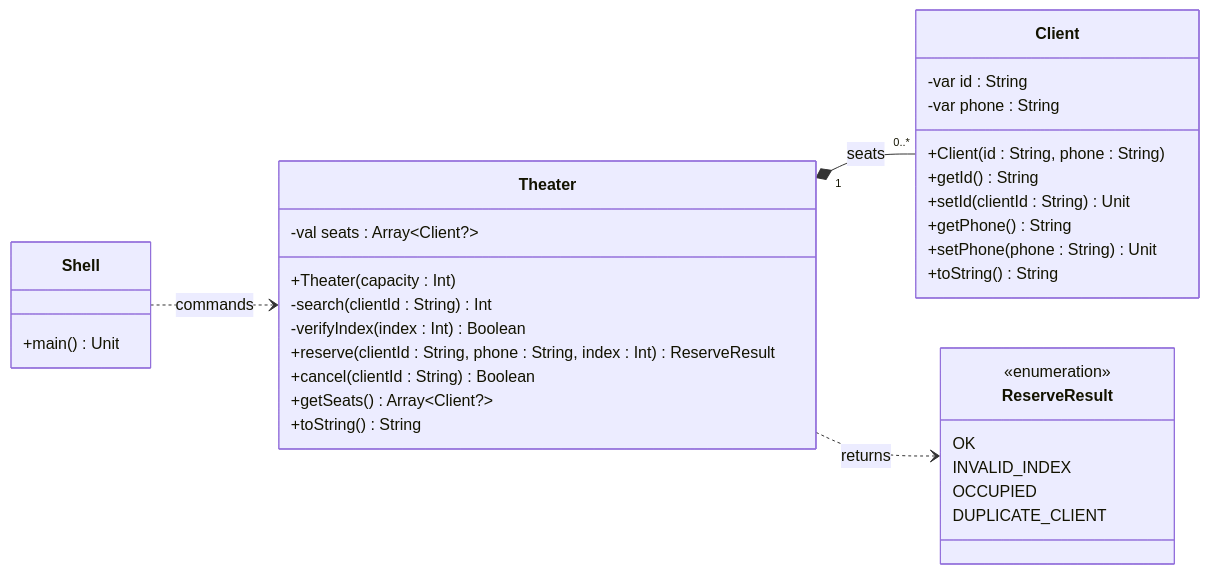
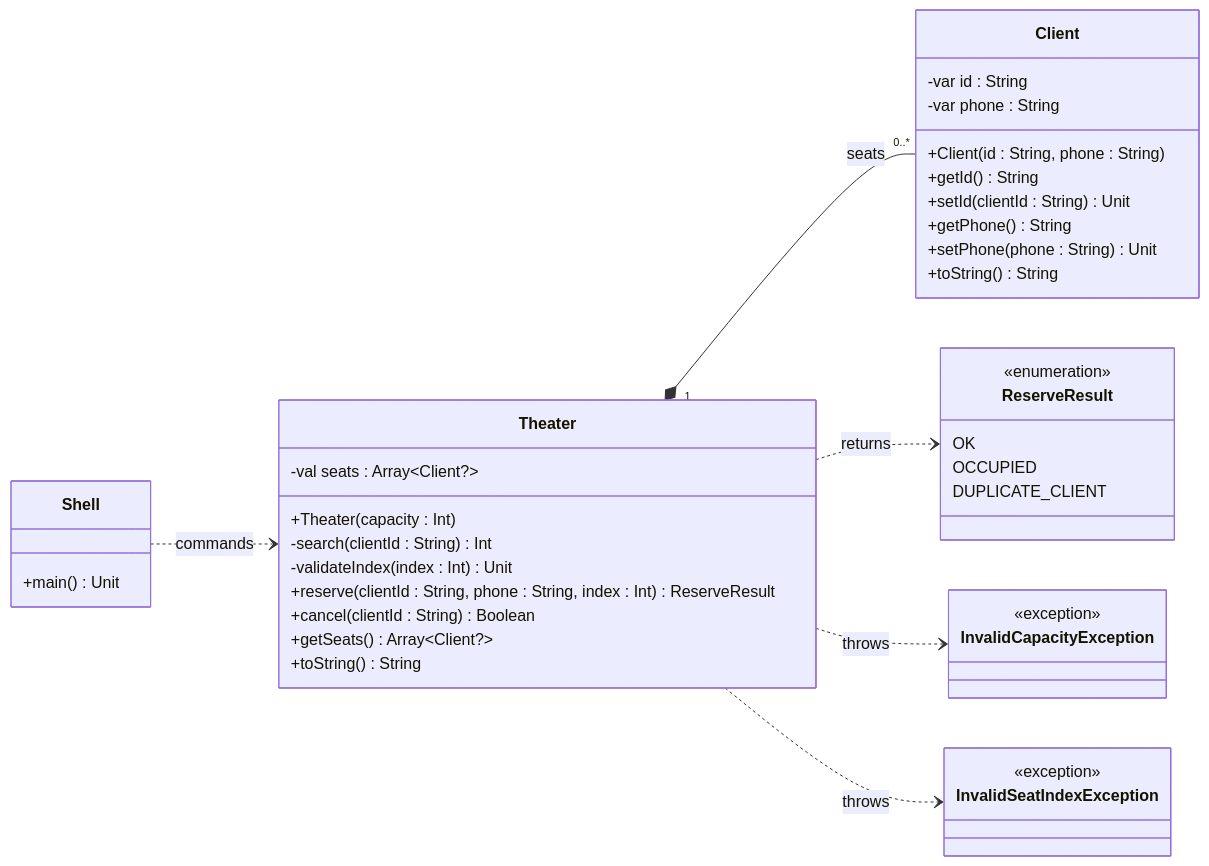
One commit to qxcodepoo/arcade changed the diagram in labs/cinema/README.md. Above: the diagram before and after it, drawn with Mermaid. The commit also changed other lines of this file and 44 other files, not shown here.

````diff
--- a/labs/cinema/README.md
+++ b/labs/cinema/README.md
@@ -49,43 +50,52 @@
 ```mermaid
 %%{init: {'fontFamily': 'monospace'}}%%
 classDiagram
     direction LR
 
     class ReserveResult {
         <<enumeration>>
         OK
-        INVALID_INDEX
         OCCUPIED
         DUPLICATE_CLIENT
+    }
+
+    class InvalidCapacityException {
+        <<exception>>
+    }
+
+    class InvalidSeatIndexException {
+        <<exception>>
     }
 
     class Client {
         -var id : String
         -var phone : String
         +Client(id : String, phone : String)
         +getId() String
         +setId(clientId : String) Unit
         +getPhone() String
         +setPhone(phone : String) Unit
         +toString() String
     }
 
     class Theater {
         -val seats : Array~Client?~
         +Theater(capacity : Int)
         -search(clientId : String) Int
-        -verifyIndex(index : Int) Boolean
+        -validateIndex(index : Int) Unit
         +reserve(clientId : String, phone : String, index : Int) ReserveResult
         +cancel(clientId : String) Boolean
         +getSeats() Array~Client?~
         +toString() String
     }
 
     class Shell {
         +main() Unit
     }
 
     Theater "1" *-- "0..*" Client : seats
     Theater ..> ReserveResult : returns
+    Theater ..> InvalidCapacityException : throws
+    Theater ..> InvalidSeatIndexException : throws
     Shell ..> Theater : commands
 ```
````
